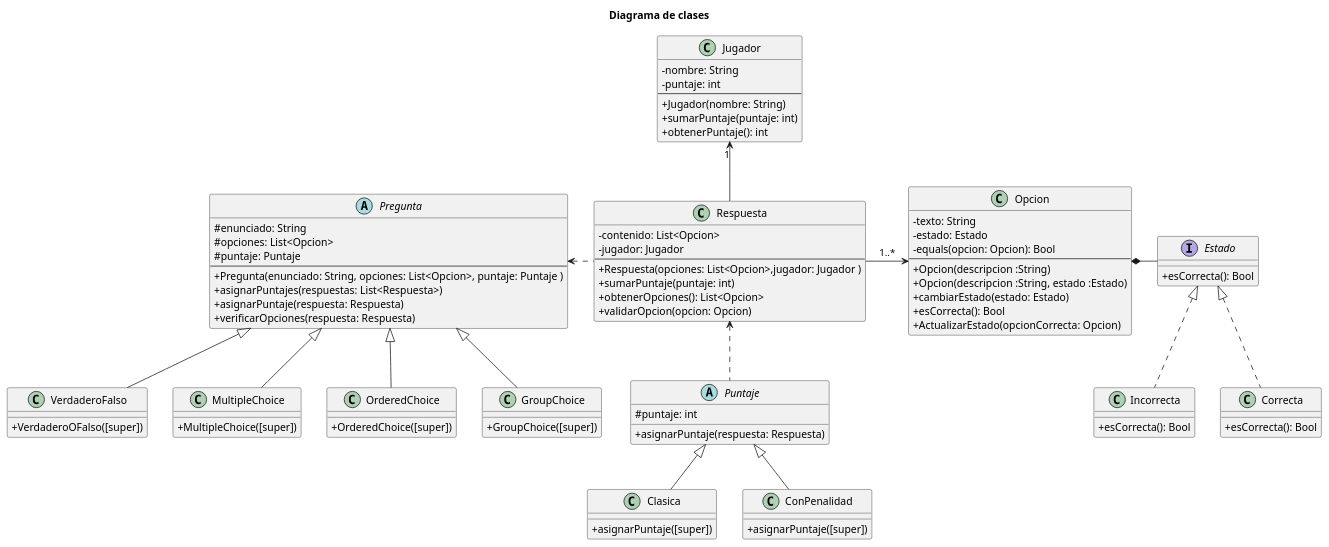
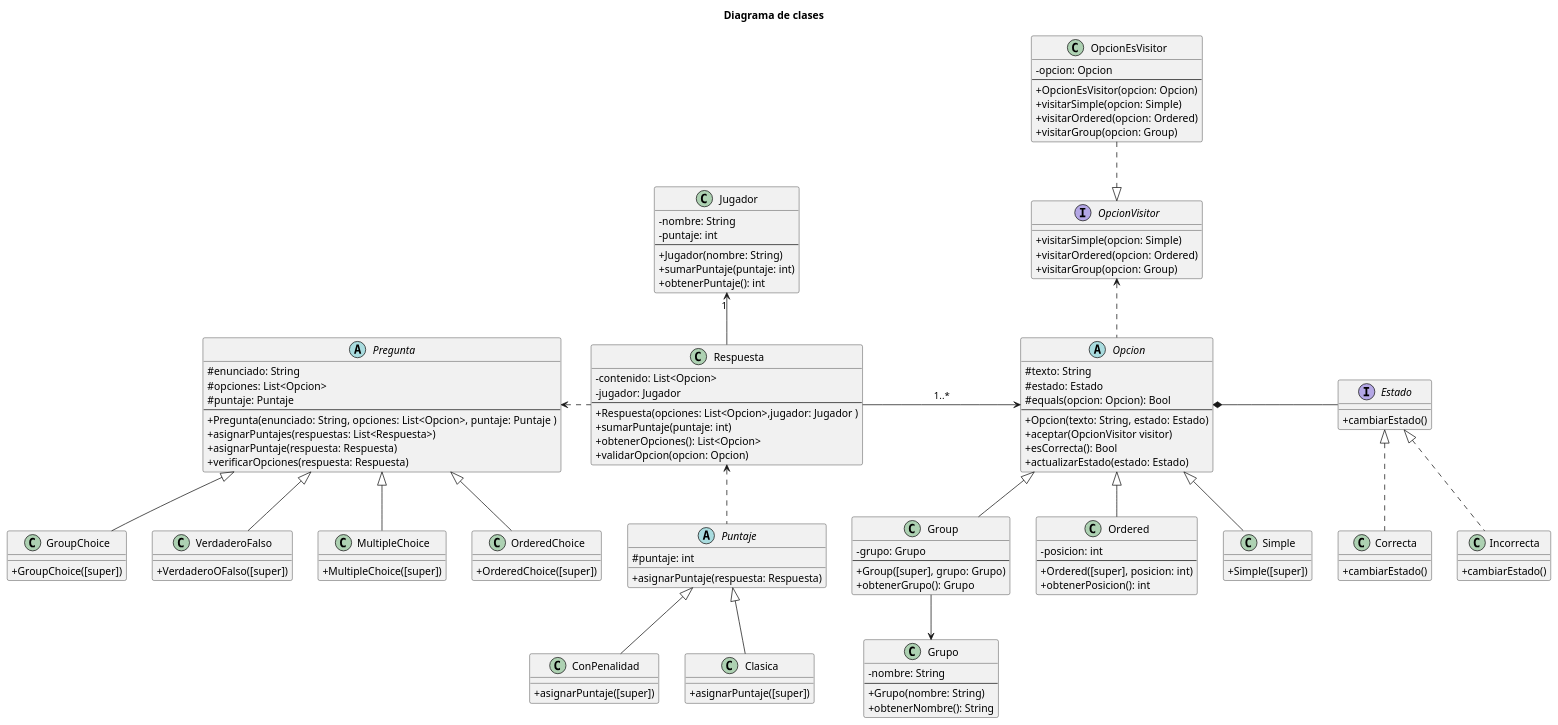
The diagram in diagrams/classes/diagrama_clase_entrega_2.puml (laldonate96/Algo3-TP2), drawn with PlantUML before and after one commit. The commit also changed 19 other files, not shown here.

```diff
--- a/diagrams/classes/diagrama_clase_entrega_2.puml
+++ b/diagrams/classes/diagrama_clase_entrega_2.puml
@@ -1,94 +1,136 @@
 @startuml diagrama de clases
 skinparam classAttributeIconSize 0
 title Diagrama de clases
 
 class Jugador{
     - nombre: String
     - puntaje: int
     ---
     + Jugador(nombre: String)
     + sumarPuntaje(puntaje: int)
     + obtenerPuntaje(): int
 }
 
 Class Respuesta {
     - contenido: List<Opcion>
     - jugador: Jugador
     ---
     + Respuesta(opciones: List<Opcion>,jugador: Jugador )
     + sumarPuntaje(puntaje: int)
     + obtenerOpciones(): List<Opcion>
     + validarOpcion(opcion: Opcion)
 }
 
  abstract class Puntaje {
      # puntaje: int
      + asignarPuntaje(respuesta: Respuesta)
 }
 
 class Clasica extends Puntaje{
      + asignarPuntaje([super])
 }
 
 class ConPenalidad extends Puntaje{
      + asignarPuntaje([super])
 }
 
 abstract class Pregunta {
     # enunciado: String
     # opciones: List<Opcion>
     # puntaje: Puntaje
     ---
     + Pregunta(enunciado: String, opciones: List<Opcion>, puntaje: Puntaje )
     + asignarPuntajes(respuestas: List<Respuesta>)
     + asignarPuntaje(respuesta: Respuesta)
     + verificarOpciones(respuesta: Respuesta)
 }
 
 class VerdaderoFalso extends Pregunta {
     +VerdaderoOFalso([super])
 }
 
 class MultipleChoice extends Pregunta {
     +MultipleChoice([super])
 }
 
 class OrderedChoice extends Pregunta {
     +OrderedChoice([super])
 }
 
 class GroupChoice extends Pregunta {
     +GroupChoice([super])
 }
 
-class Opcion {
-    -texto: String
-    -estado: Estado
-    -equals(opcion: Opcion): Bool
+abstract class Opcion {
+    #texto: String
+    #estado: Estado
+    #equals(opcion: Opcion): Bool
     ---
-    + Opcion(descripcion :String)
-    + Opcion(descripcion :String, estado :Estado)
-    + cambiarEstado(estado: Estado)
-    + esCorrecta(): Bool
-    + ActualizarEstado(opcionCorrecta: Opcion)
+    +Opcion(texto: String, estado: Estado)
+    +aceptar(OpcionVisitor visitor)
+    +esCorrecta(): Bool
+    +actualizarEstado(estado: Estado)
 }
 
-interface Estado{
-    + esCorrecta(): Bool
+class Ordered extends Opcion {
+    -posicion: int
+    ---
+    +Ordered([super], posicion: int)
+    +obtenerPosicion(): int
 }
 
-class Correcta implements Estado{
-    + esCorrecta(): Bool   
+class Simple extends Opcion {
+    +Simple([super])
 }
 
-class Incorrecta implements Estado{
-    + esCorrecta(): Bool
+class Group extends Opcion {
+    -grupo: Grupo
+    ---
+    +Group([super], grupo: Grupo)
+    +obtenerGrupo(): Grupo
+}
+
+interface Estado {
+    + cambiarEstado()
+}
+
+class Correcta implements Estado {
+    + cambiarEstado()
+}
+
+class Incorrecta implements Estado {
+    + cambiarEstado()
+}
+
+class Grupo {
+    -nombre: String
+    ---
+    +Grupo(nombre: String)
+    +obtenerNombre(): String
+}
+
+interface OpcionVisitor {
+    + visitarSimple(opcion: Simple)
+    + visitarOrdered(opcion: Ordered)
+    + visitarGroup(opcion: Group)
+}
+
+class OpcionEsVisitor {
+    -opcion: Opcion
+    ---
+    + OpcionEsVisitor(opcion: Opcion)
+    + visitarSimple(opcion: Simple)
+    + visitarOrdered(opcion: Ordered)
+    + visitarGroup(opcion: Group)
 }
 
 Jugador "1" <-d- Respuesta
 Respuesta .l.> Pregunta
 Puntaje .u.> Respuesta
 Opcion *-r- Estado
 Respuesta -> Opcion:"1..*"
+Group -d-> Grupo
+Opcion .u.> OpcionVisitor
+OpcionEsVisitor .d.|> OpcionVisitor
 
 @enduml
```
